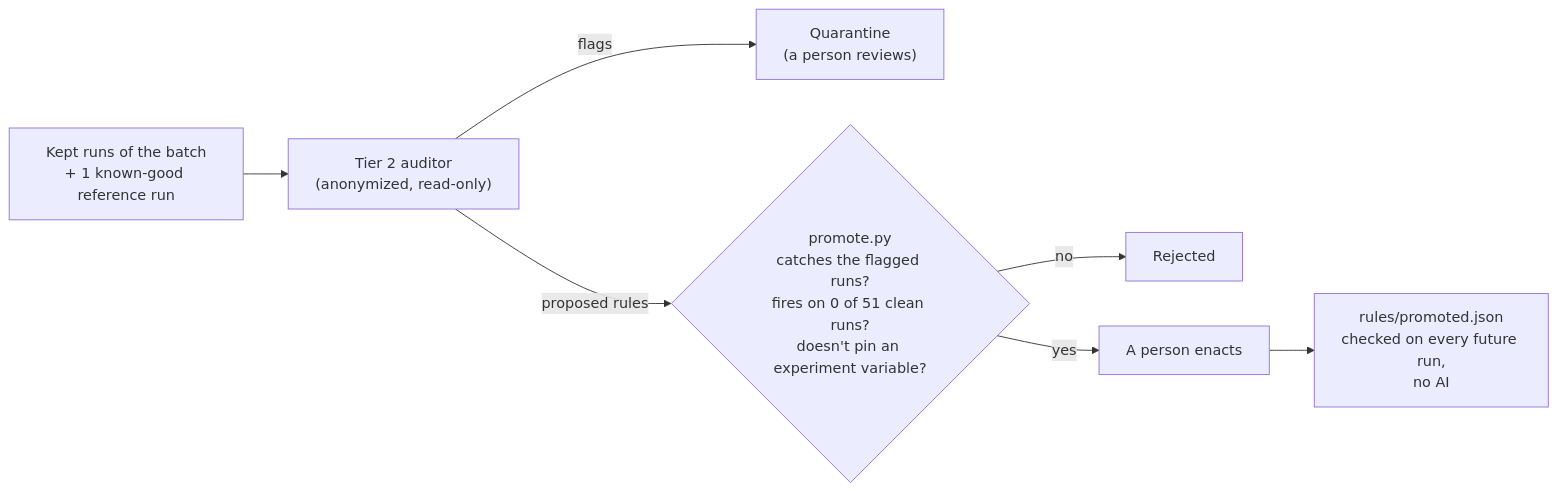
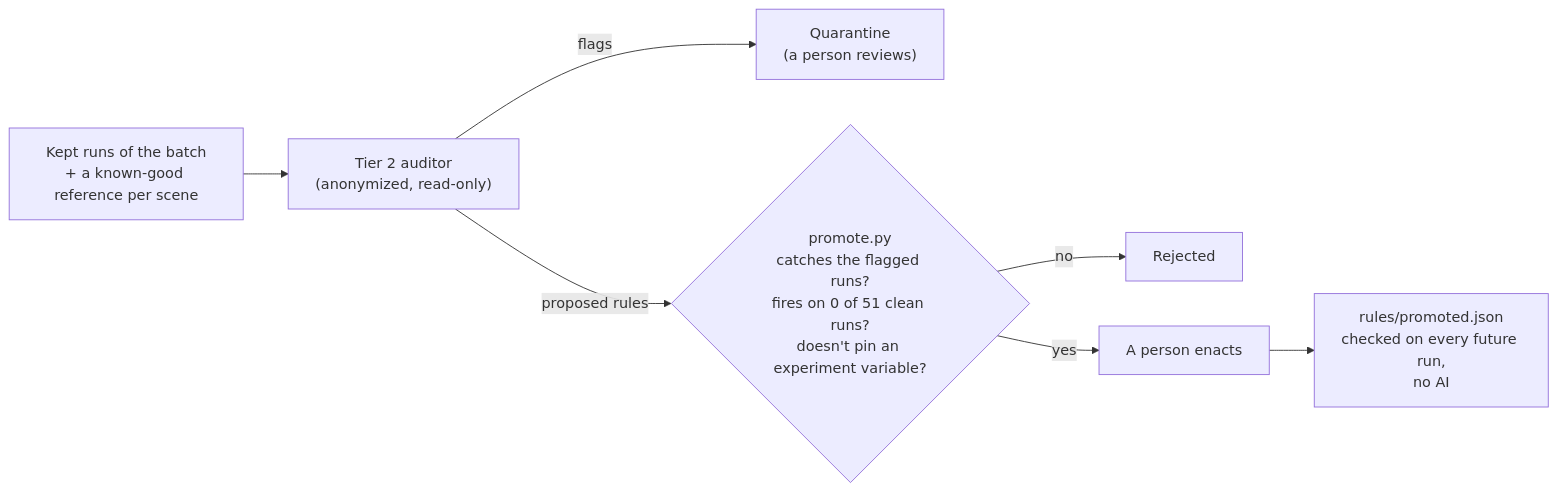
One commit to willv678/simgate changed the fourth of 5 diagrams in GUIDE.md. Above: the diagram before and after it, drawn with Mermaid. The commit also changed other lines of this file, not shown here.

Commit message:
GUIDE: campaign results, the plan-handoff check, per-scene references

````diff
--- a/GUIDE.md
+++ b/GUIDE.md
@@ -154,9 +154,9 @@
 ```mermaid
 flowchart LR
-    B["Kept runs of the batch<br/>+ 1 known-good reference run"] --> A["Tier 2 auditor<br/>(anonymized, read-only)"]
+    B["Kept runs of the batch<br/>+ a known-good reference per scene"] --> A["Tier 2 auditor<br/>(anonymized, read-only)"]
     A -->|flags| Q["Quarantine<br/>(a person reviews)"]
     A -->|proposed rules| P{"promote.py<br/>catches the flagged runs?<br/>fires on 0 of 51 clean runs?<br/>doesn't pin an experiment variable?"}
     P -->|no| X["Rejected"]
     P -->|yes| H["A person enacts"]
     H --> R["rules/promoted.json<br/>checked on every future run,<br/>no AI"]
 ```
````
